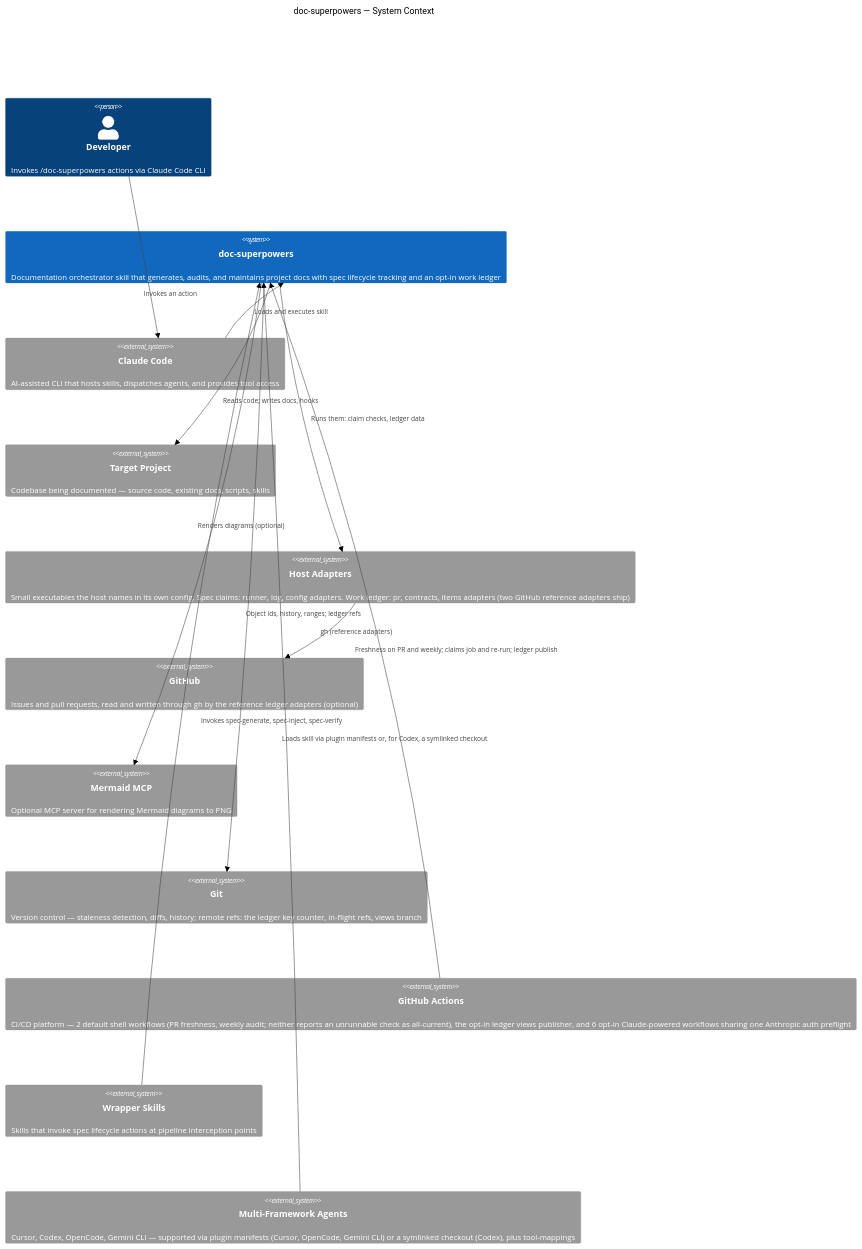
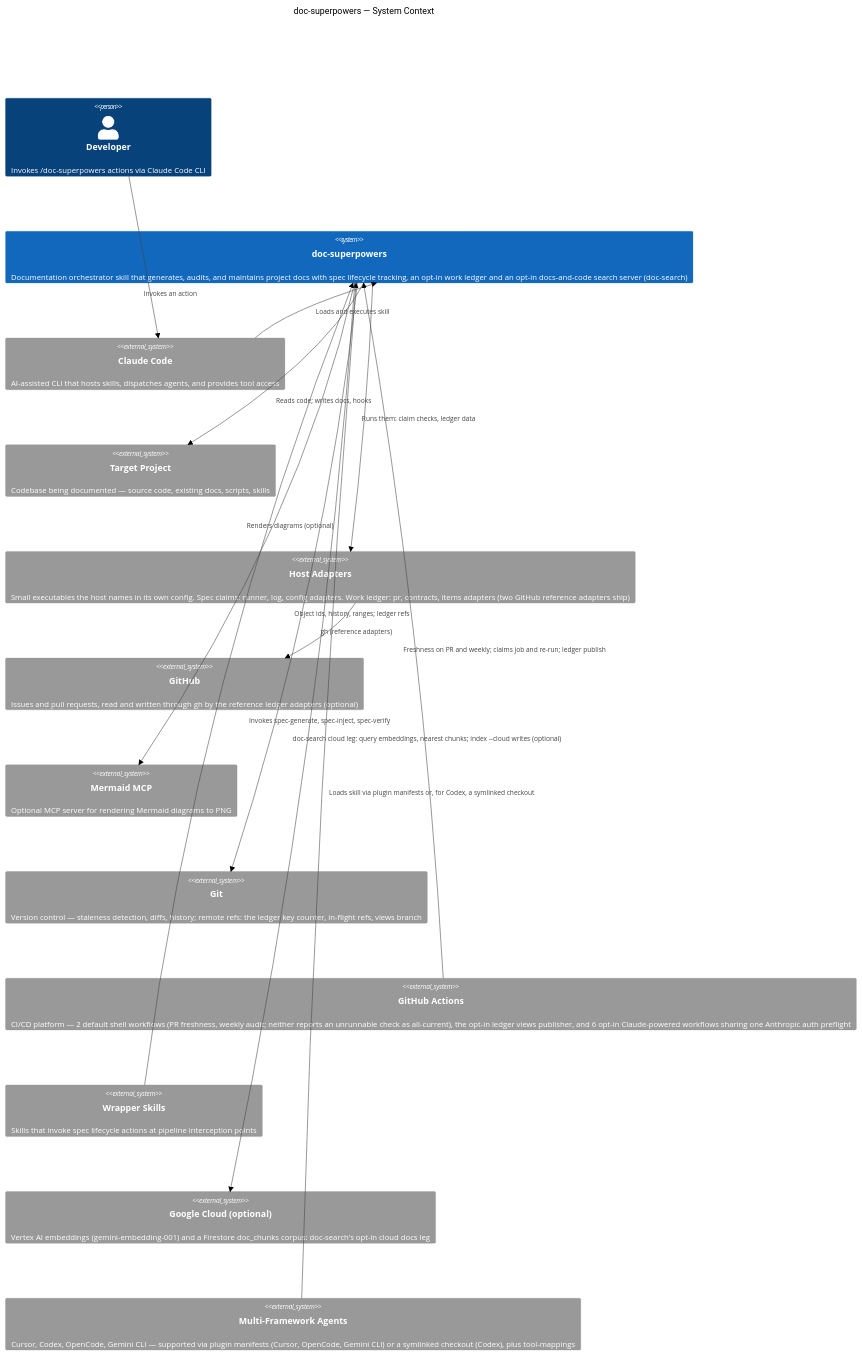
One commit to woodrowpearson/doc-superpowers changed the first of 2 diagrams in docs/architecture/system-overview.md. Above: the diagram before and after it, drawn with Mermaid (forest theme). The commit also changed other lines of this file and 8 other files, not shown here.

First line of the commit message:
docs: doc-search in the living docs; re-render the C4 diagrams

````diff
--- a/docs/architecture/system-overview.md
+++ b/docs/architecture/system-overview.md
@@ -18,34 +18,36 @@
 ```mermaid
 C4Context
   title doc-superpowers — System Context
 
   Person(dev, "Developer", "Invokes /doc-superpowers actions via Claude Code CLI")
 
-  System(skill, "doc-superpowers", "Documentation orchestrator skill that generates, audits, and maintains project docs with spec lifecycle tracking and an opt-in work ledger")
+  System(skill, "doc-superpowers", "Documentation orchestrator skill that generates, audits, and maintains project docs with spec lifecycle tracking, an opt-in work ledger and an opt-in docs-and-code search server (doc-search)")
 
   System_Ext(claude_code, "Claude Code", "AI-assisted CLI that hosts skills, dispatches agents, and provides tool access")
   System_Ext(project, "Target Project", "Codebase being documented — source code, existing docs, scripts, skills")
   System_Ext(adapters, "Host Adapters", "Small executables the host names in its own config. Spec claims: runner, log, config adapters. Work ledger: pr, contracts, items adapters (two GitHub reference adapters ship)")
   System_Ext(github, "GitHub", "Issues and pull requests, read and written through gh by the reference ledger adapters (optional)")
   System_Ext(mermaid_mcp, "Mermaid MCP", "Optional MCP server for rendering Mermaid diagrams to PNG")
   System_Ext(git, "Git", "Version control — staleness detection, diffs, history; remote refs: the ledger key counter, in-flight refs, views branch")
   System_Ext(ci, "GitHub Actions", "CI/CD platform — 2 default shell workflows (PR freshness, weekly audit; neither reports an unrunnable check as all-current), the opt-in ledger views publisher, and 6 opt-in Claude-powered workflows sharing one Anthropic auth preflight")
   System_Ext(wrapper, "Wrapper Skills", "Skills that invoke spec lifecycle actions at pipeline interception points")
+  System_Ext(gcloud, "Google Cloud (optional)", "Vertex AI embeddings (gemini-embedding-001) and a Firestore doc_chunks corpus: doc-search's opt-in cloud docs leg")
   System_Ext(frameworks, "Multi-Framework Agents", "Cursor, Codex, OpenCode, Gemini CLI — supported via plugin manifests (Cursor, OpenCode, Gemini CLI) or a symlinked checkout (Codex), plus tool-mappings")
 
   Rel(dev, claude_code, "Invokes an action")
   Rel(claude_code, skill, "Loads and executes skill")
   Rel(skill, project, "Reads code; writes docs, hooks")
   Rel(skill, adapters, "Runs them: claim checks, ledger data")
   Rel(adapters, github, "gh (reference adapters)")
   Rel(skill, mermaid_mcp, "Renders diagrams (optional)")
   Rel(skill, git, "Object ids, history, ranges; ledger refs")
   Rel(ci, skill, "Freshness on PR and weekly; claims job and re-run; ledger publish")
   Rel(wrapper, skill, "Invokes spec-generate, spec-inject, spec-verify")
   Rel(frameworks, skill, "Loads skill via plugin manifests or, for Codex, a symlinked checkout")
+  Rel(skill, gcloud, "doc-search cloud leg: query embeddings, nearest chunks; index --cloud writes (optional)")
   UpdateRelStyle(dev, claude_code, $offsetX="0", $offsetY="64")
   UpdateRelStyle(skill, project, $offsetX="0", $offsetY="64")
   UpdateRelStyle(skill, git, $offsetX="0", $offsetY="64")
   UpdateRelStyle(ci, skill, $offsetX="0", $offsetY="32")
   UpdateRelStyle(wrapper, skill, $offsetX="0", $offsetY="64")
 ```
````
